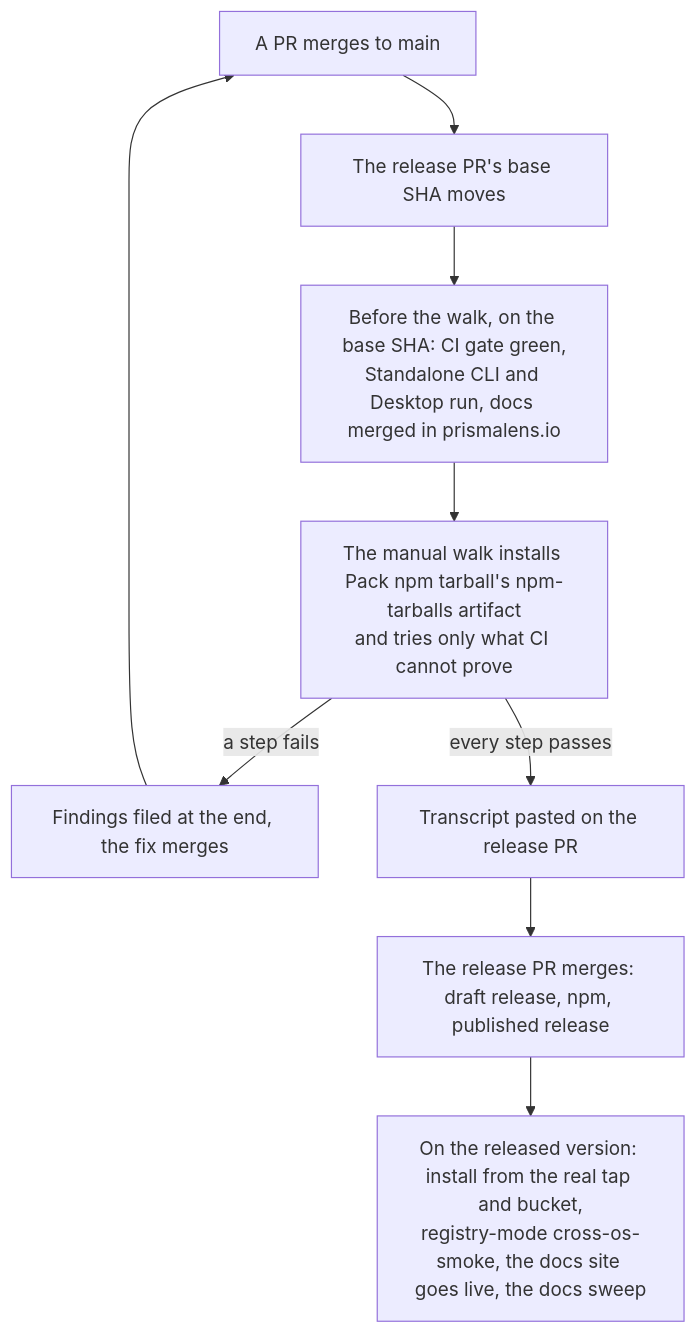
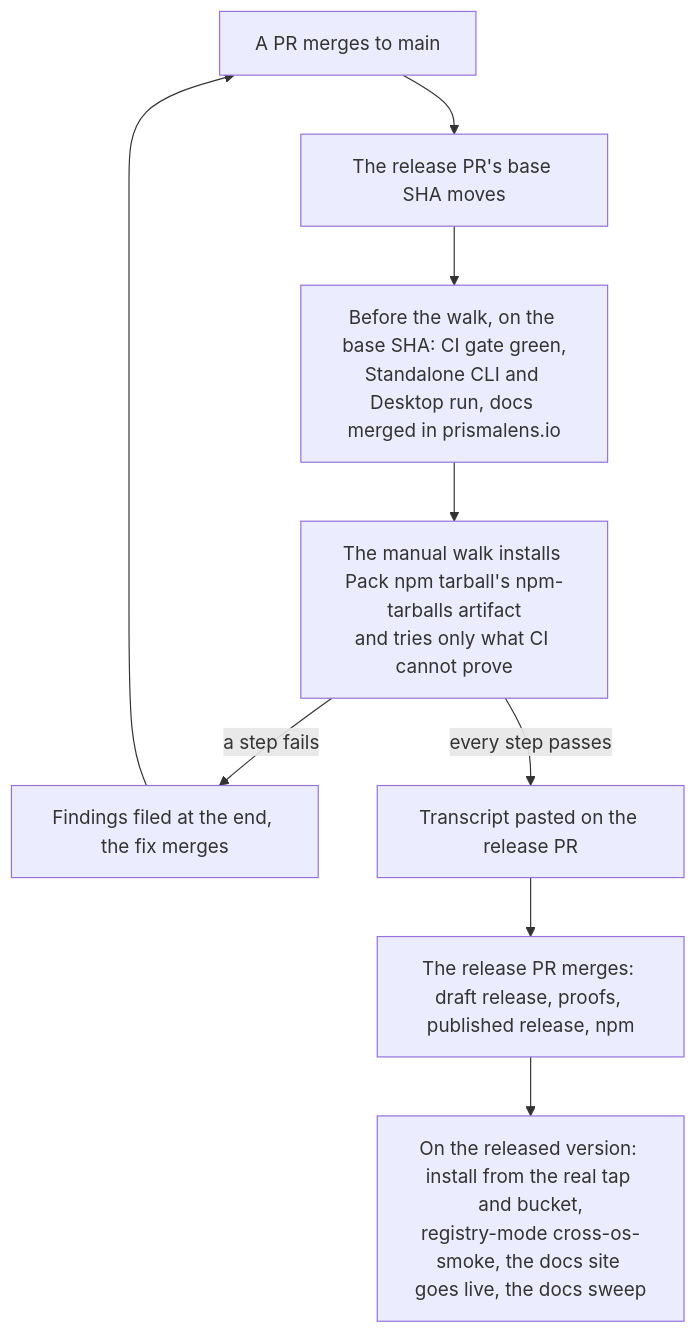
The diagram in RELEASING.md (prismalens/prismalens), drawn with Mermaid before and after one commit. The commit also changed 10 other files, not shown here.

````diff
--- a/RELEASING.md
+++ b/RELEASING.md
@@ -22,11 +22,11 @@
 ```mermaid
 flowchart TD
     merge["A PR merges to main"] --> base["The release PR's base SHA moves"]
     base --> before["Before the walk, on the base SHA: CI gate green,<br/>Standalone CLI and Desktop run, docs merged in prismalens.io"]
     before --> walk["The manual walk installs Pack npm tarball's npm-tarballs artifact<br/>and tries only what CI cannot prove"]
     walk -- "a step fails" --> fix["Findings filed at the end, the fix merges"]
     fix --> merge
     walk -- "every step passes" --> paste["Transcript pasted on the release PR"]
-    paste --> release["The release PR merges: draft release, npm, published release"]
+    paste --> release["The release PR merges: draft release, proofs, published release, npm"]
     release --> after["On the released version: install from the real tap and bucket,<br/>registry-mode cross-os-smoke, the docs site goes live, the docs sweep"]
 ```
````
